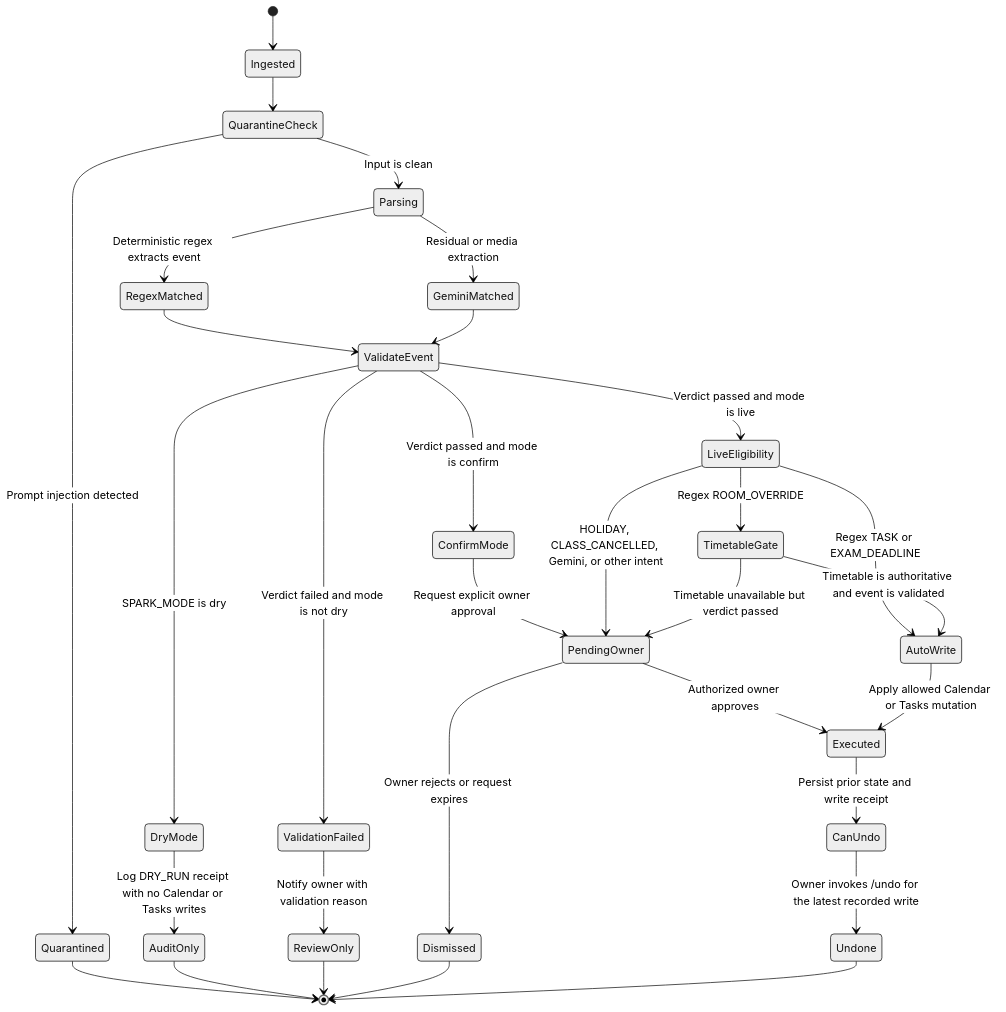
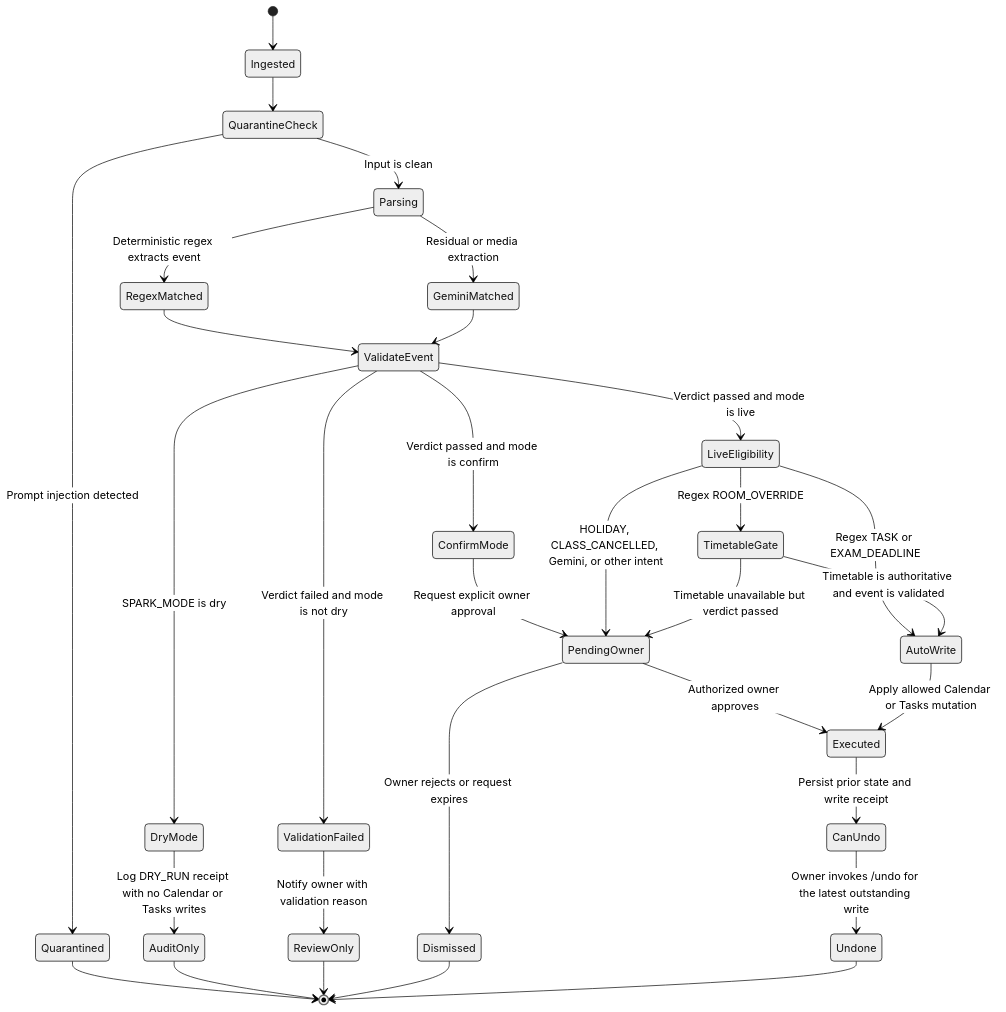
The third of 3 diagrams in README.md (tejaswin-amara/chatlens), drawn with Mermaid (neutral theme) before and after one commit. The commit also changed other lines of this file, not shown here.

Commit message:
docs: clarify SPARK sequence and undo semantics

````diff
--- a/README.md
+++ b/README.md
@@ -137,41 +139,41 @@
 ```mermaid
 stateDiagram-v2
     [*] --> Ingested
     Ingested --> QuarantineCheck
 
     QuarantineCheck --> Quarantined: Prompt injection detected
     QuarantineCheck --> Parsing: Input is clean
 
     Parsing --> RegexMatched: Deterministic regex extracts event
     Parsing --> GeminiMatched: Residual or media extraction
     RegexMatched --> ValidateEvent
     GeminiMatched --> ValidateEvent
 
     ValidateEvent --> DryMode: SPARK_MODE is dry
     ValidateEvent --> ValidationFailed: Verdict failed and mode is not dry
     ValidateEvent --> ConfirmMode: Verdict passed and mode is confirm
     ValidateEvent --> LiveEligibility: Verdict passed and mode is live
 
     DryMode --> AuditOnly: Log DRY_RUN receipt with no Calendar or Tasks writes
     ValidationFailed --> ReviewOnly: Notify owner with validation reason
     ConfirmMode --> PendingOwner: Request explicit owner approval
 
     LiveEligibility --> PendingOwner: HOLIDAY, CLASS_CANCELLED, Gemini, or other intent
     LiveEligibility --> TimetableGate: Regex ROOM_OVERRIDE
     LiveEligibility --> AutoWrite: Regex TASK or EXAM_DEADLINE
 
     TimetableGate --> AutoWrite: Timetable is authoritative and event is validated
     TimetableGate --> PendingOwner: Timetable unavailable but verdict passed
 
     PendingOwner --> Executed: Authorized owner approves
     PendingOwner --> Dismissed: Owner rejects or request expires
     AutoWrite --> Executed: Apply allowed Calendar or Tasks mutation
     Executed --> CanUndo: Persist prior state and write receipt
-    CanUndo --> Undone: Owner invokes /undo for the latest recorded write
+    CanUndo --> Undone: Owner invokes /undo for the latest outstanding write
 
     Quarantined --> [*]
     AuditOnly --> [*]
     ReviewOnly --> [*]
     Dismissed --> [*]
     Undone --> [*]
 ```
````
